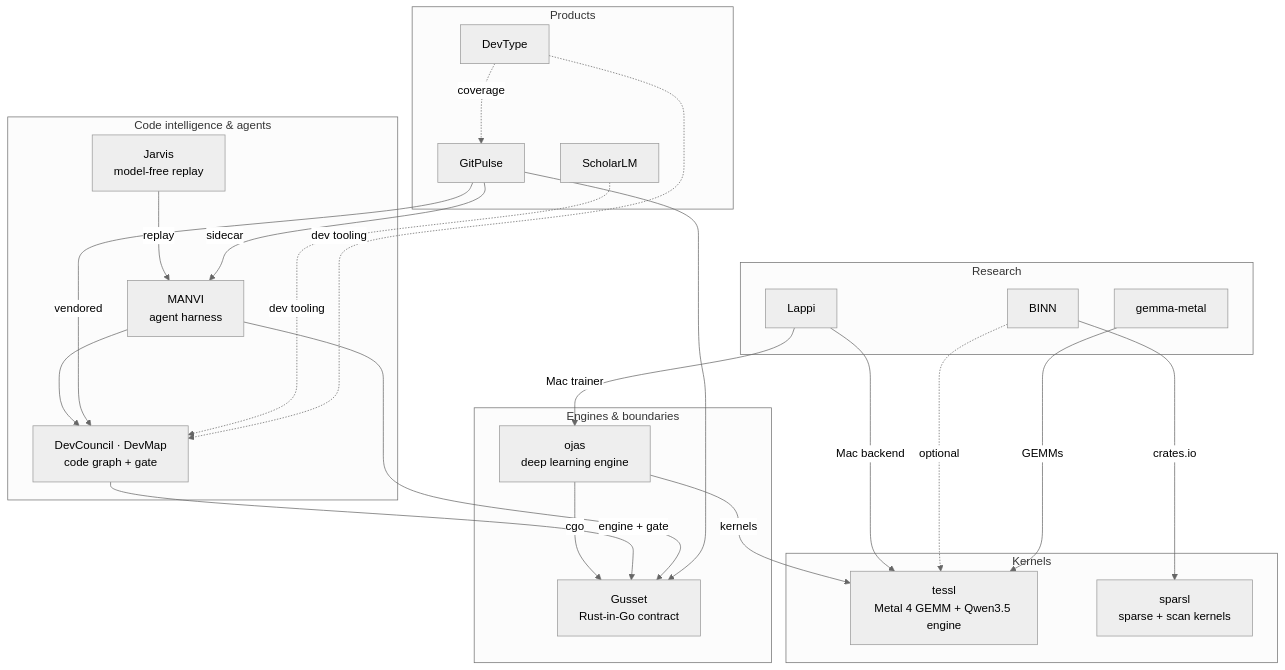
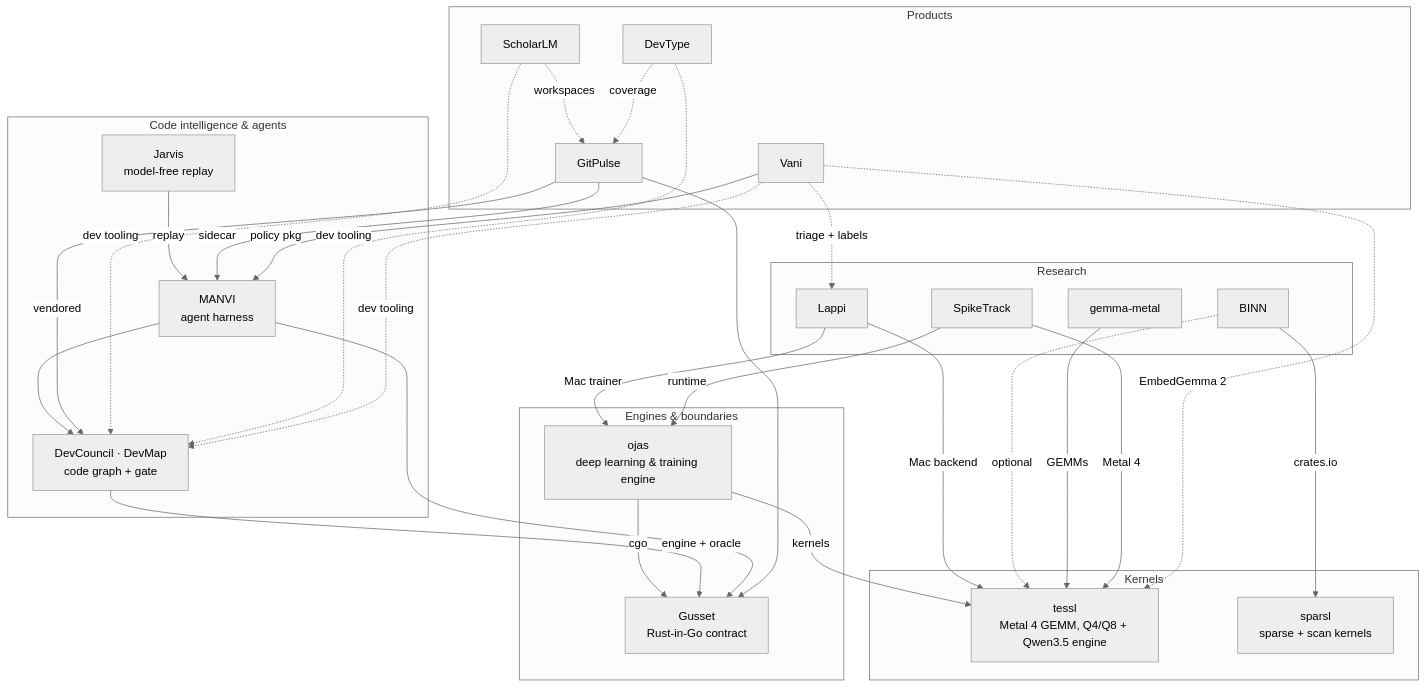
One commit to bharathvbcr/bharathvbcr changed the diagram in README.md. Above: the diagram before and after it, drawn with Mermaid (neutral theme). The commit also changed other lines of this file, not shown here.

````diff
--- a/README.md
+++ b/README.md
@@ -56,44 +58,53 @@
 ```mermaid
 flowchart TB
   subgraph K["Kernels"]
-    tessl["tessl<br/>Metal 4 GEMM + Qwen3.5 engine"]
+    tessl["tessl<br/>Metal 4 GEMM, Q4/Q8 + Qwen3.5 engine"]
     sparsl["sparsl<br/>sparse + scan kernels"]
   end
   subgraph E["Engines & boundaries"]
-    ojas["ojas<br/>deep learning engine"]
+    ojas["ojas<br/>deep learning &amp; training engine"]
     gusset["Gusset<br/>Rust-in-Go contract"]
   end
   subgraph A["Code intelligence & agents"]
     devmap["DevCouncil · DevMap<br/>code graph + gate"]
     manvi["MANVI<br/>agent harness"]
     jarvis["Jarvis<br/>model-free replay"]
   end
   subgraph P["Products"]
     gitpulse["GitPulse"]
     scholarlm["ScholarLM"]
     devtype["DevType"]
+    vani["Vani"]
   end
   subgraph R["Research"]
     binn["BINN"]
     lappi["Lappi"]
     gemma["gemma-metal"]
+    spiketrack["SpikeTrack"]
   end
 
   ojas -->|kernels| tessl
   ojas -->|cgo| gusset
   lappi -->|Mac backend| tessl
   lappi -->|Mac trainer| ojas
   binn -->|crates.io| sparsl
   binn -.->|optional| tessl
   gemma -->|GEMMs| tessl
-  devmap -->|engine + gate| gusset
+  spiketrack -->|Metal 4| tessl
+  spiketrack -->|runtime| ojas
+  devmap -->|engine + oracle| gusset
   manvi --> devmap
   manvi --> gusset
   jarvis -->|replay| manvi
   gitpulse -->|vendored| devmap
   gitpulse -->|sidecar| manvi
   gitpulse --> gusset
   scholarlm -.->|dev tooling| devmap
+  scholarlm -.->|workspaces| gitpulse
   devtype -.->|dev tooling| devmap
   devtype -.->|coverage| gitpulse
+  vani -->|policy pkg| manvi
+  vani -.->|EmbedGemma 2| tessl
+  vani -.->|triage + labels| lappi
+  vani -.->|dev tooling| devmap
 ```
````
